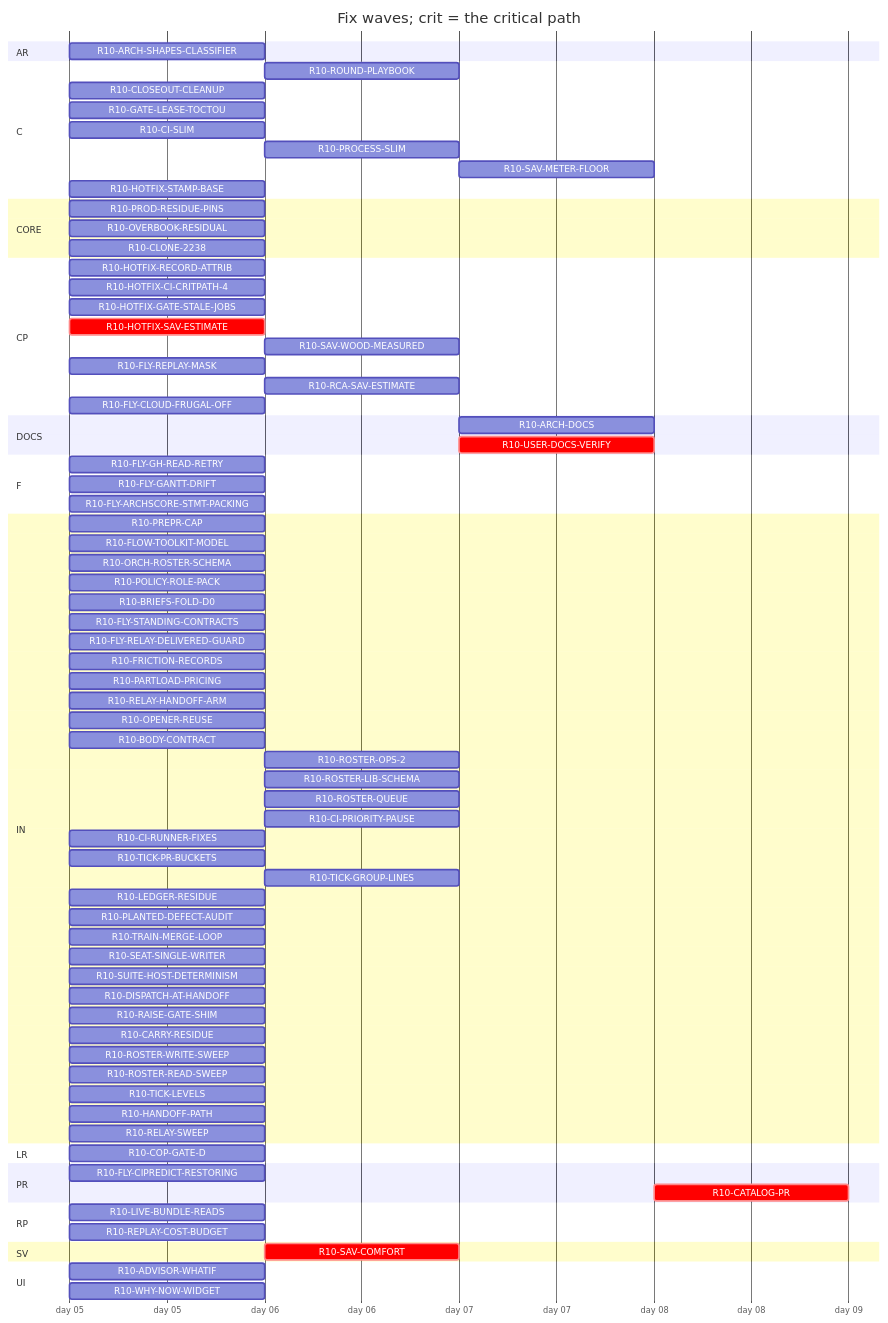
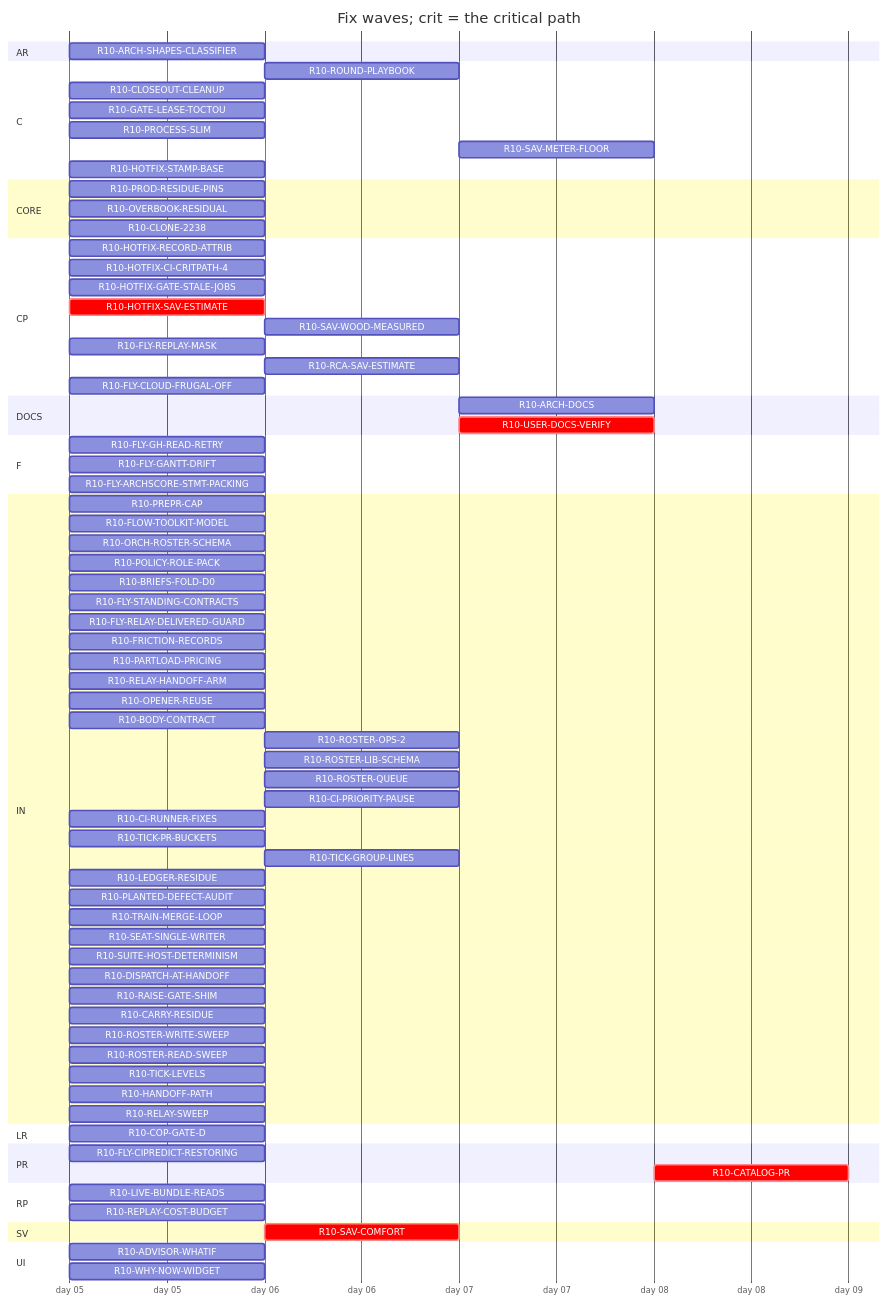
The diagram in handoff/round10/state/PLAN-TABLE.md (tvofi/heatpump_optimizer), drawn with Mermaid before and after one commit. The commit also changed other lines of this file and 3 other files, not shown here.

Commit message:
state: FLOW-BOARD.md, NEXT-SESSION-PROMPT.md, PLAN-TABLE.md, RESUME-CURRENT.md regenerated (state_docs.py)

````diff
--- a/handoff/round10/state/PLAN-TABLE.md
+++ b/handoff/round10/state/PLAN-TABLE.md
@@ -25,82 +25,81 @@
 ```mermaid
 gantt
   title Fix waves; crit = the critical path
   dateFormat YYYY-MM-DD
   axisFormat day %d
   section AR
     R10-ARCH-SHAPES-CLASSIFIER :r10ARCHSHAPESCLASSIFIER, 2026-01-05, 1d
   section C
     R10-ROUND-PLAYBOOK :r10ROUNDPLAYBOOK, after r10PREPRCAP r10HANDOFFPATH r10RELAYSWEEP r10TRAINMERGELOOP r10DISPATCHATHANDOFF r10BODYCONTRACT r10TICKLEVELS r10CIPRIORITYPAUSE r10ROSTERWRITESWEEP r10ROSTERREADSWEEP r10FLYSTANDINGCONTRACTS r10POLICYROLEPACK r10FRICTIONRECORDS r10FLOWTOOLKITMODEL r10LEDGERRESIDUE r10CIRUNNERFIXES r10FLYCIPREDICTRESTORING r10RAISEGATESHIM r10PLANTEDDEFECTAUDIT r10FLYGHREADRETRY r10SUITEHOSTDETERMINISM, 1d
     R10-CLOSEOUT-CLEANUP :r10CLOSEOUTCLEANUP, 2026-01-05, 1d
     R10-GATE-LEASE-TOCTOU :r10GATELEASETOCTOU, 2026-01-05, 1d
-    R10-CI-SLIM :r10CISLIM, 2026-01-05, 1d
-    R10-PROCESS-SLIM :r10PROCESSSLIM, after r10CISLIM, 1d
+    R10-PROCESS-SLIM :r10PROCESSSLIM, 2026-01-05, 1d
     R10-SAV-METER-FLOOR :r10SAVMETERFLOOR, after r10HOTFIXSAVESTIMATE r10SAVCOMFORT, 1d
     R10-HOTFIX-STAMP-BASE :r10HOTFIXSTAMPBASE, 2026-01-05, 1d
   section CORE
     R10-PROD-RESIDUE-PINS :r10PRODRESIDUEPINS, 2026-01-05, 1d
     R10-OVERBOOK-RESIDUAL :r10OVERBOOKRESIDUAL, 2026-01-05, 1d
     R10-CLONE-2238 :r10CLONE2238, 2026-01-05, 1d
   section CP
     R10-HOTFIX-RECORD-ATTRIB :r10HOTFIXRECORDATTRIB, 2026-01-05, 1d
     R10-HOTFIX-CI-CRITPATH-4 :r10HOTFIXCICRITPATH4, 2026-01-05, 1d
     R10-HOTFIX-GATE-STALE-JOBS :r10HOTFIXGATESTALEJOBS, 2026-01-05, 1d
     R10-HOTFIX-SAV-ESTIMATE :crit, r10HOTFIXSAVESTIMATE, 2026-01-05, 1d
     R10-SAV-WOOD-MEASURED :r10SAVWOODMEASURED, after r10HOTFIXSAVESTIMATE, 1d
     R10-FLY-REPLAY-MASK :r10FLYREPLAYMASK, 2026-01-05, 1d
     R10-RCA-SAV-ESTIMATE :r10RCASAVESTIMATE, after r10HOTFIXSAVESTIMATE, 1d
     R10-FLY-CLOUD-FRUGAL-OFF :r10FLYCLOUDFRUGALOFF, 2026-01-05, 1d
   section DOCS
     R10-ARCH-DOCS :r10ARCHDOCS, after r10CARRYRESIDUE r10OVERBOOKRESIDUAL r10CLONE2238 r10SAVCOMFORT r10COPGATED r10WHYNOWWIDGET r10PARTLOADPRICING r10ARCHSHAPESCLASSIFIER r10ADVISORWHATIF r10PRODRESIDUEPINS r10LIVEBUNDLEREADS r10REPLAYCOSTBUDGET r10PREPRCAP r10HANDOFFPATH r10RELAYSWEEP r10TRAINMERGELOOP r10DISPATCHATHANDOFF r10BODYCONTRACT r10TICKLEVELS r10CIPRIORITYPAUSE r10ROSTERWRITESWEEP r10ROSTERREADSWEEP r10FLYSTANDINGCONTRACTS r10POLICYROLEPACK r10FRICTIONRECORDS r10FLOWTOOLKITMODEL r10LEDGERRESIDUE r10CIRUNNERFIXES r10FLYCIPREDICTRESTORING r10RAISEGATESHIM r10PLANTEDDEFECTAUDIT r10FLYGHREADRETRY r10SUITEHOSTDETERMINISM, 1d
     R10-USER-DOCS-VERIFY :crit, r10USERDOCSVERIFY, after r10CARRYRESIDUE r10OVERBOOKRESIDUAL r10CLONE2238 r10SAVCOMFORT r10COPGATED r10WHYNOWWIDGET r10PARTLOADPRICING r10ARCHSHAPESCLASSIFIER r10ADVISORWHATIF r10PRODRESIDUEPINS r10LIVEBUNDLEREADS r10REPLAYCOSTBUDGET, 1d
   section F
     R10-FLY-GH-READ-RETRY :r10FLYGHREADRETRY, 2026-01-05, 1d
     R10-FLY-GANTT-DRIFT :r10FLYGANTTDRIFT, 2026-01-05, 1d
     R10-FLY-ARCHSCORE-STMT-PACKING :r10FLYARCHSCORESTMTPACKING, 2026-01-05, 1d
   section IN
     R10-PREPR-CAP :r10PREPRCAP, 2026-01-05, 1d
     R10-FLOW-TOOLKIT-MODEL :r10FLOWTOOLKITMODEL, 2026-01-05, 1d
     R10-ORCH-ROSTER-SCHEMA :r10ORCHROSTERSCHEMA, 2026-01-05, 1d
     R10-POLICY-ROLE-PACK :r10POLICYROLEPACK, 2026-01-05, 1d
     R10-BRIEFS-FOLD-D0 :r10BRIEFSFOLDD0, 2026-01-05, 1d
     R10-FLY-STANDING-CONTRACTS :r10FLYSTANDINGCONTRACTS, 2026-01-05, 1d
     R10-FLY-RELAY-DELIVERED-GUARD :r10FLYRELAYDELIVEREDGUARD, 2026-01-05, 1d
     R10-FRICTION-RECORDS :r10FRICTIONRECORDS, 2026-01-05, 1d
     R10-PARTLOAD-PRICING :r10PARTLOADPRICING, 2026-01-05, 1d
     R10-RELAY-HANDOFF-ARM :r10RELAYHANDOFFARM, 2026-01-05, 1d
     R10-OPENER-REUSE :r10OPENERREUSE, 2026-01-05, 1d
     R10-BODY-CONTRACT :r10BODYCONTRACT, 2026-01-05, 1d
     R10-ROSTER-OPS-2 :r10ROSTEROPS2, after r10ORCHROSTERSCHEMA, 1d
     R10-ROSTER-LIB-SCHEMA :r10ROSTERLIBSCHEMA, after r10ORCHROSTERSCHEMA, 1d
     R10-ROSTER-QUEUE :r10ROSTERQUEUE, after r10ORCHROSTERSCHEMA, 1d
     R10-CI-PRIORITY-PAUSE :r10CIPRIORITYPAUSE, after r10TICKLEVELS, 1d
     R10-CI-RUNNER-FIXES :r10CIRUNNERFIXES, 2026-01-05, 1d
     R10-TICK-PR-BUCKETS :r10TICKPRBUCKETS, 2026-01-05, 1d
     R10-TICK-GROUP-LINES :r10TICKGROUPLINES, after r10ORCHROSTERSCHEMA, 1d
     R10-LEDGER-RESIDUE :r10LEDGERRESIDUE, 2026-01-05, 1d
     R10-PLANTED-DEFECT-AUDIT :r10PLANTEDDEFECTAUDIT, 2026-01-05, 1d
     R10-TRAIN-MERGE-LOOP :r10TRAINMERGELOOP, 2026-01-05, 1d
     R10-SEAT-SINGLE-WRITER :r10SEATSINGLEWRITER, 2026-01-05, 1d
     R10-SUITE-HOST-DETERMINISM :r10SUITEHOSTDETERMINISM, 2026-01-05, 1d
     R10-DISPATCH-AT-HANDOFF :r10DISPATCHATHANDOFF, 2026-01-05, 1d
     R10-RAISE-GATE-SHIM :r10RAISEGATESHIM, 2026-01-05, 1d
     R10-CARRY-RESIDUE :r10CARRYRESIDUE, 2026-01-05, 1d
     R10-ROSTER-WRITE-SWEEP :r10ROSTERWRITESWEEP, 2026-01-05, 1d
     R10-ROSTER-READ-SWEEP :r10ROSTERREADSWEEP, 2026-01-05, 1d
     R10-TICK-LEVELS :r10TICKLEVELS, 2026-01-05, 1d
     R10-HANDOFF-PATH :r10HANDOFFPATH, 2026-01-05, 1d
     R10-RELAY-SWEEP :r10RELAYSWEEP, 2026-01-05, 1d
   section LR
     R10-COP-GATE-D :r10COPGATED, 2026-01-05, 1d
   section PR
     R10-FLY-CIPREDICT-RESTORING :r10FLYCIPREDICTRESTORING, 2026-01-05, 1d
     R10-CATALOG-PR :crit, r10CATALOGPR, after r10USERDOCSVERIFY r10ARCHDOCS r10ROUNDPLAYBOOK r10CLOSEOUTCLEANUP, 1d
   section RP
     R10-LIVE-BUNDLE-READS :r10LIVEBUNDLEREADS, 2026-01-05, 1d
     R10-REPLAY-COST-BUDGET :r10REPLAYCOSTBUDGET, 2026-01-05, 1d
   section SV
     R10-SAV-COMFORT :crit, r10SAVCOMFORT, after r10HOTFIXSAVESTIMATE, 1d
   section UI
     R10-ADVISOR-WHATIF :r10ADVISORWHATIF, 2026-01-05, 1d
     R10-WHY-NOW-WIDGET :r10WHYNOWWIDGET, 2026-01-05, 1d
 ```
````
